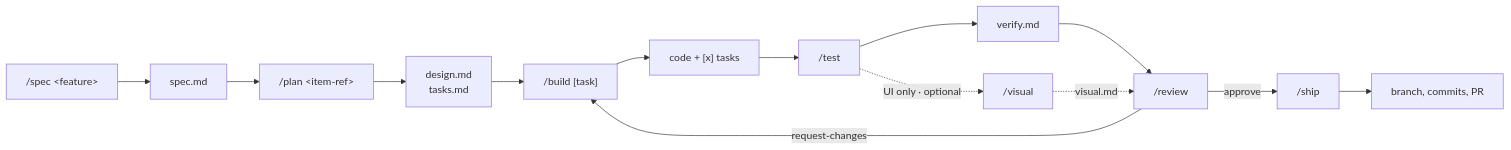
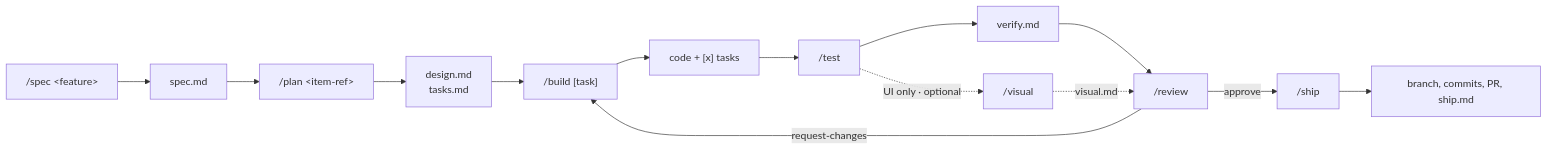
Before and after one commit to 49115566/opencode-framework: the first of 2 diagrams in README.md, drawn with Mermaid. The commit also changed other lines of this file and 5 other files, not shown here.

````diff
--- a/README.md
+++ b/README.md
@@ -92,17 +92,17 @@
 ```mermaid
 flowchart LR
     spec["/spec &lt;feature&gt;"] --> specmd["spec.md"]
     specmd --> plan["/plan &lt;item-ref&gt;"]
     plan --> design["design.md<br/>tasks.md"]
     design --> build["/build [task]"]
     build --> code["code + [x] tasks"]
     code --> test["/test"]
     test --> verify["verify.md"]
     verify --> review["/review"]
     review -->|request-changes| build
     review -->|approve| ship["/ship"]
-    ship --> pr["branch, commits, PR"]
+    ship --> pr["branch, commits, PR, ship.md"]
 
     test -.->|"UI only · optional"| visual["/visual"]
     visual -.->|visual.md| review
 ```
````
